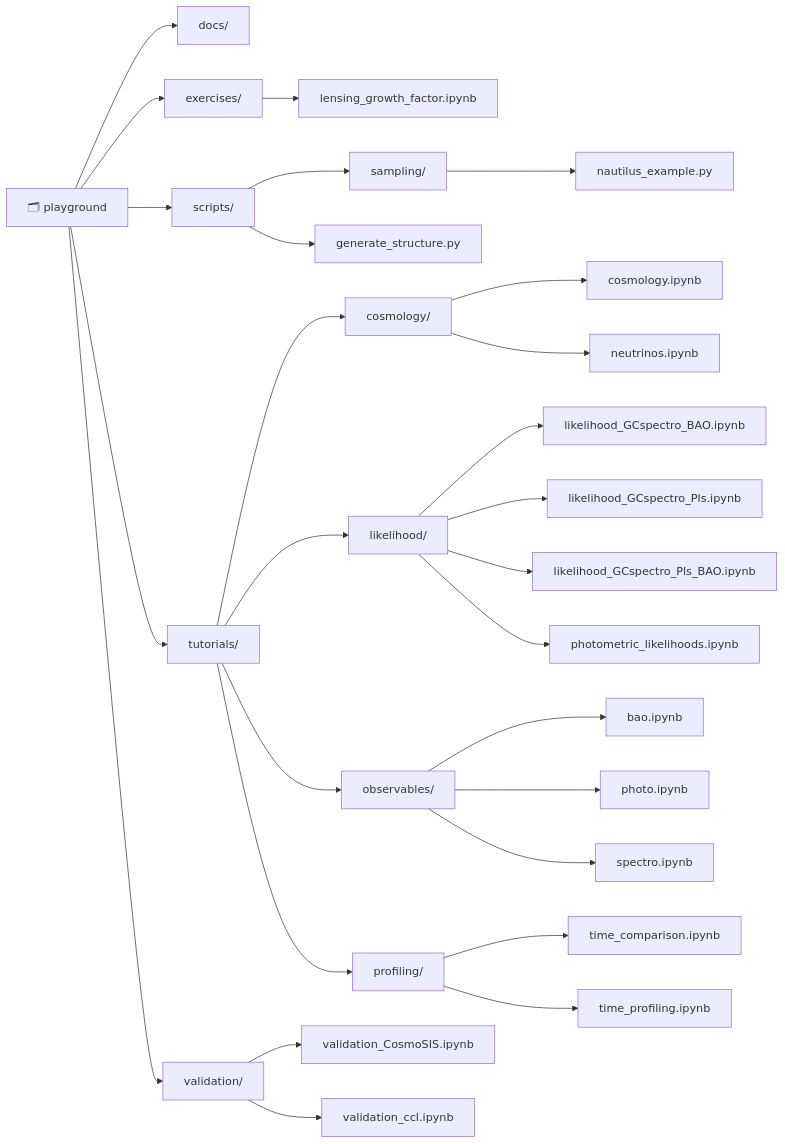
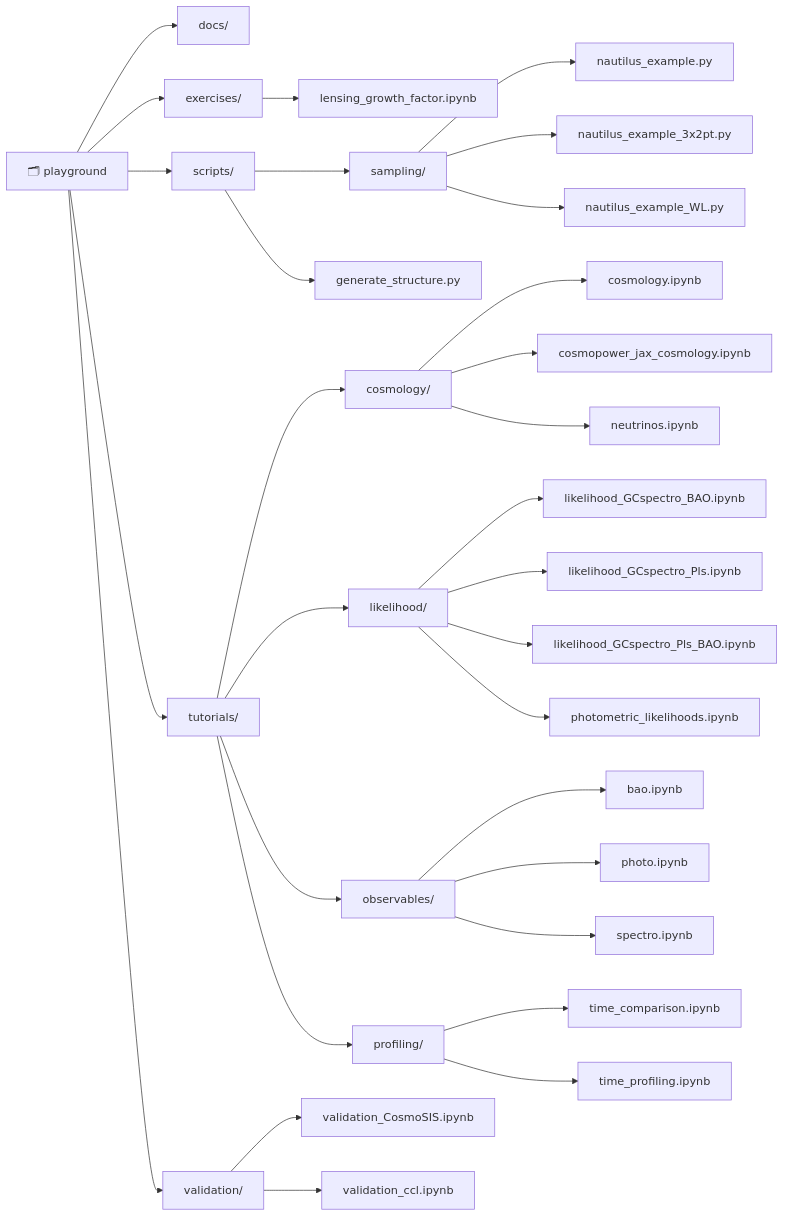
One commit to cloe-org/playground changed the diagram in README.md. Above: the diagram before and after it, drawn with Mermaid. The commit also changed 3 other files, not shown here.

Commit message:
gh-172: nautilus scripts for 3x2pt and cosmic shear with selectable m… (#173)

````diff
--- a/README.md
+++ b/README.md
@@ -42,57 +42,63 @@
 ```mermaid
 graph LR
     root[🗂 playground]
     root__docs[docs/]
     root__exercises[exercises/]
     root__exercises__lensing_growth_factor_ipynb[lensing_growth_factor.ipynb]
     root__scripts[scripts/]
     root__scripts__sampling[sampling/]
     root__scripts__sampling__nautilus_example_py[nautilus_example.py]
+    root__scripts__sampling__nautilus_example_3x2pt_py[nautilus_example_3x2pt.py]
+    root__scripts__sampling__nautilus_example_WL_py[nautilus_example_WL.py]
     root__scripts__generate_structure_py[generate_structure.py]
     root__tutorials[tutorials/]
     root__tutorials__cosmology[cosmology/]
     root__tutorials__cosmology__cosmology_ipynb[cosmology.ipynb]
+    root__tutorials__cosmology__cosmopower_jax_cosmology_ipynb[cosmopower_jax_cosmology.ipynb]
     root__tutorials__cosmology__neutrinos_ipynb[neutrinos.ipynb]
     root__tutorials__likelihood[likelihood/]
     root__tutorials__likelihood__likelihood_GCspectro_BAO_ipynb[likelihood_GCspectro_BAO.ipynb]
     root__tutorials__likelihood__likelihood_GCspectro_Pls_ipynb[likelihood_GCspectro_Pls.ipynb]
     root__tutorials__likelihood__likelihood_GCspectro_Pls_BAO_ipynb[likelihood_GCspectro_Pls_BAO.ipynb]
     root__tutorials__likelihood__photometric_likelihoods_ipynb[photometric_likelihoods.ipynb]
     root__tutorials__observables[observables/]
     root__tutorials__observables__bao_ipynb[bao.ipynb]
     root__tutorials__observables__photo_ipynb[photo.ipynb]
     root__tutorials__observables__spectro_ipynb[spectro.ipynb]
     root__tutorials__profiling[profiling/]
     root__tutorials__profiling__time_comparison_ipynb[time_comparison.ipynb]
     root__tutorials__profiling__time_profiling_ipynb[time_profiling.ipynb]
     root__validation[validation/]
     root__validation__validation_CosmoSIS_ipynb[validation_CosmoSIS.ipynb]
     root__validation__validation_ccl_ipynb[validation_ccl.ipynb]
 
     root --> root__docs
     root --> root__exercises
     root__exercises --> root__exercises__lensing_growth_factor_ipynb
     root --> root__scripts
     root__scripts --> root__scripts__sampling
     root__scripts__sampling --> root__scripts__sampling__nautilus_example_py
+    root__scripts__sampling --> root__scripts__sampling__nautilus_example_3x2pt_py
+    root__scripts__sampling --> root__scripts__sampling__nautilus_example_WL_py
     root__scripts --> root__scripts__generate_structure_py
     root --> root__tutorials
     root__tutorials --> root__tutorials__cosmology
     root__tutorials__cosmology --> root__tutorials__cosmology__cosmology_ipynb
+    root__tutorials__cosmology --> root__tutorials__cosmology__cosmopower_jax_cosmology_ipynb
     root__tutorials__cosmology --> root__tutorials__cosmology__neutrinos_ipynb
     root__tutorials --> root__tutorials__likelihood
     root__tutorials__likelihood --> root__tutorials__likelihood__likelihood_GCspectro_BAO_ipynb
     root__tutorials__likelihood --> root__tutorials__likelihood__likelihood_GCspectro_Pls_ipynb
     root__tutorials__likelihood --> root__tutorials__likelihood__likelihood_GCspectro_Pls_BAO_ipynb
     root__tutorials__likelihood --> root__tutorials__likelihood__photometric_likelihoods_ipynb
     root__tutorials --> root__tutorials__observables
     root__tutorials__observables --> root__tutorials__observables__bao_ipynb
     root__tutorials__observables --> root__tutorials__observables__photo_ipynb
     root__tutorials__observables --> root__tutorials__observables__spectro_ipynb
     root__tutorials --> root__tutorials__profiling
     root__tutorials__profiling --> root__tutorials__profiling__time_comparison_ipynb
     root__tutorials__profiling --> root__tutorials__profiling__time_profiling_ipynb
     root --> root__validation
     root__validation --> root__validation__validation_CosmoSIS_ipynb
     root__validation --> root__validation__validation_ccl_ipynb
 ```
````
